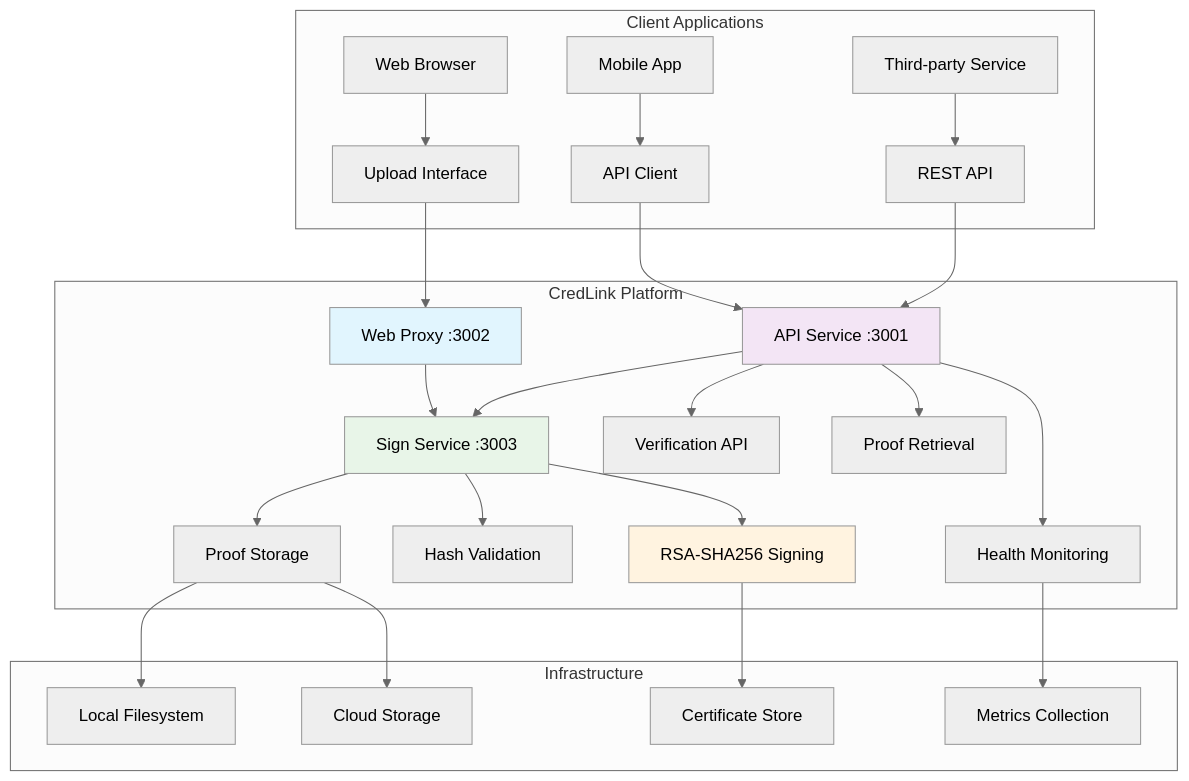
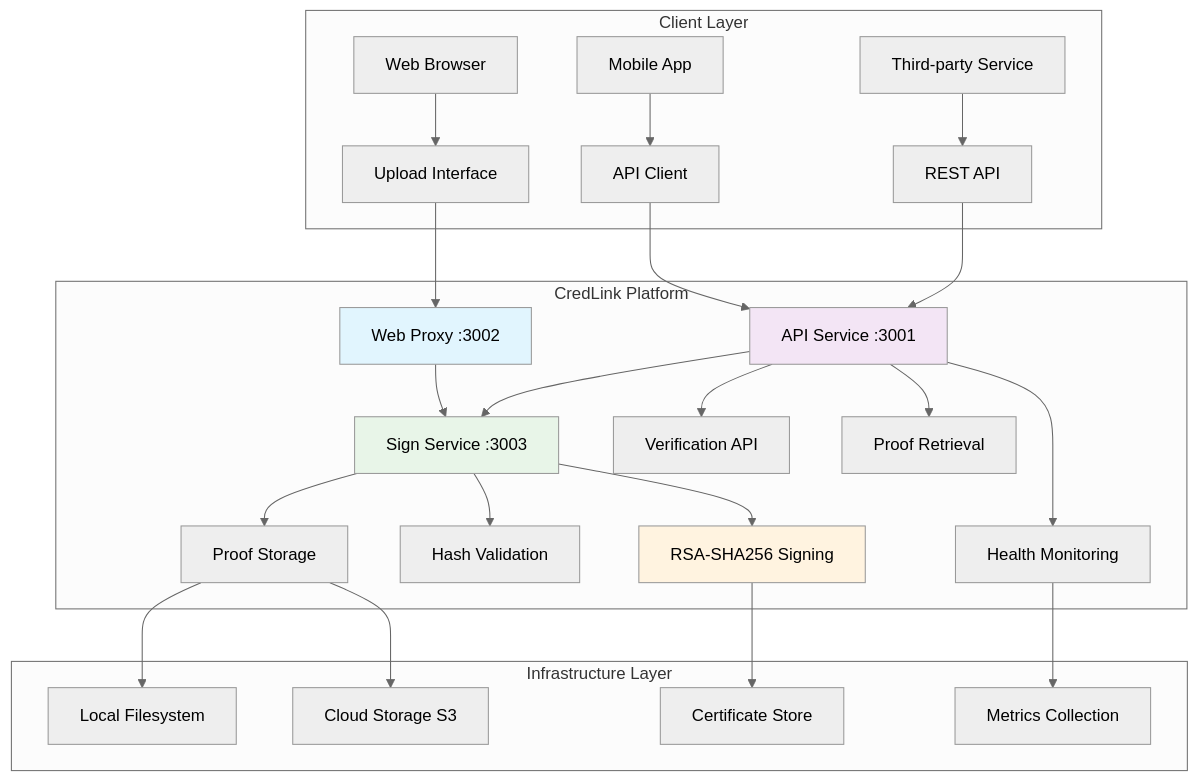
One commit to nicoladebbia/CredLink changed the first of 3 diagrams in README.md. Above: the diagram before and after it, drawn with Mermaid (neutral theme). The commit also changed other lines of this file, not shown here.

First line of the commit message:
feat: Enhance Architecture Overview with comprehensive technical documentation

````diff
--- a/README.md
+++ b/README.md
@@ -37,37 +39,37 @@
 ```mermaid
 graph TB
-    subgraph "Client Applications"
+    subgraph "Client Layer"
         A[Web Browser] --> B[Upload Interface]
         C[Mobile App] --> D[API Client]
         E[Third-party Service] --> F[REST API]
     end
     
     subgraph "CredLink Platform"
         B --> G[Web Proxy :3002]
         D --> H[API Service :3001]
         F --> H
         
         G --> I[Sign Service :3003]
         H --> I
         
         I --> J[Proof Storage]
         I --> K[Hash Validation]
         I --> L[RSA-SHA256 Signing]
         
         H --> M[Verification API]
         H --> N[Proof Retrieval]
         H --> O[Health Monitoring]
     end
     
-    subgraph "Infrastructure"
+    subgraph "Infrastructure Layer"
         J --> P[Local Filesystem]
-        J --> Q[Cloud Storage]
+        J --> Q[Cloud Storage S3]
         O --> R[Metrics Collection]
         L --> S[Certificate Store]
     end
     
     style G fill:#e1f5fe
     style H fill:#f3e5f5
     style I fill:#e8f5e8
     style L fill:#fff3e0
 ```
````
